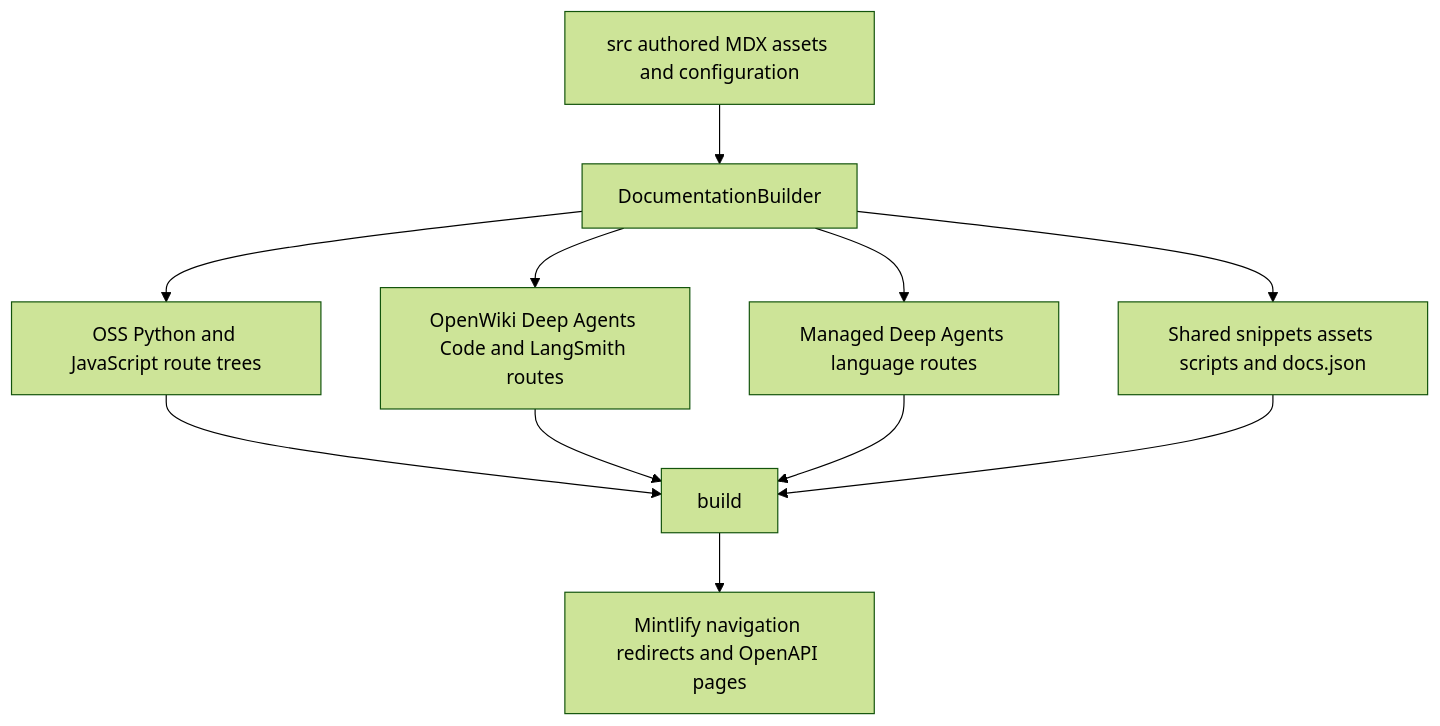
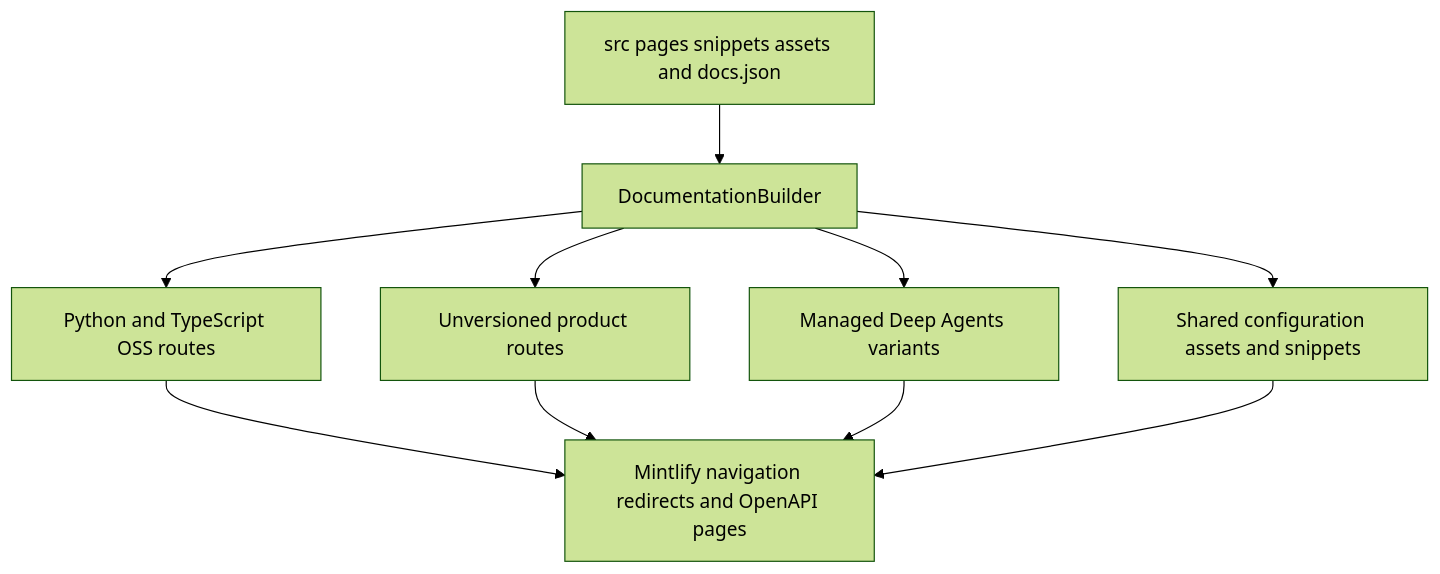
The diagram in openwiki/architecture/source-map.md (langchain-ai/docs), drawn with Mermaid (forest theme) before and after one commit. The commit also changed other lines of this file and 18 other files, not shown here.

Commit message:
docs: update OpenWiki

````diff
--- a/openwiki/architecture/source-map.md
+++ b/openwiki/architecture/source-map.md
@@ -41,13 +45,12 @@
 ```mermaid
 flowchart TD
-    Source["src authored MDX assets and configuration"] --> Builder["DocumentationBuilder"]
-    Builder --> Versioned["OSS Python and JavaScript route trees"]
-    Builder --> Unversioned["OpenWiki Deep Agents Code and LangSmith routes"]
-    Builder --> MDA["Managed Deep Agents language routes"]
-    Builder --> Shared["Shared snippets assets scripts and docs.json"]
-    Versioned --> Output["build"]
-    Unversioned --> Output
-    MDA --> Output
-    Shared --> Output
-    Output --> Mintlify["Mintlify navigation redirects and OpenAPI pages"]
+    Authoring["src pages snippets assets and docs.json"] --> Builder["DocumentationBuilder"]
+    Builder --> OSS["Python and TypeScript OSS routes"]
+    Builder --> Products["Unversioned product routes"]
+    Builder --> MDA["Managed Deep Agents variants"]
+    Builder --> Shared["Shared configuration assets and snippets"]
+    OSS --> Mintlify["Mintlify navigation redirects and OpenAPI pages"]
+    Products --> Mintlify
+    MDA --> Mintlify
+    Shared --> Mintlify
 ```
````
